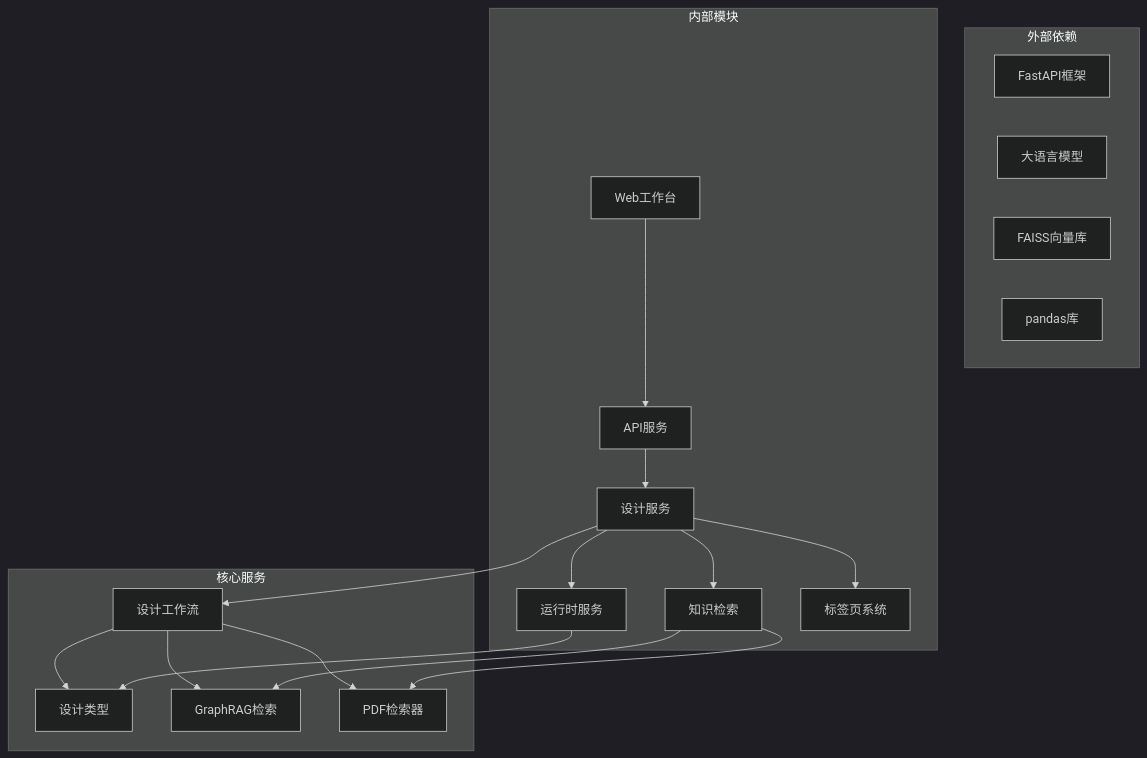
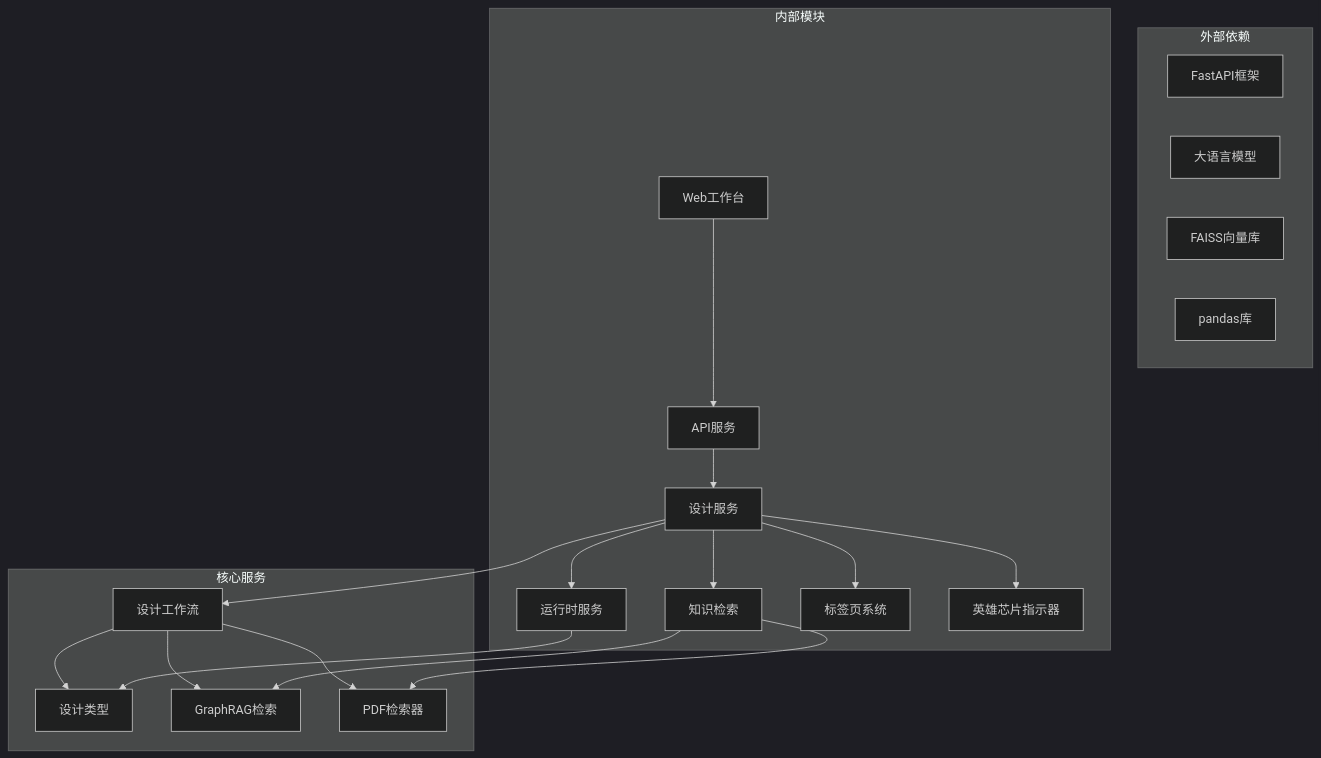
One commit to wsqstar/RoadGen3D changed the ninth of 9 diagrams in .qoder/repowiki/zh/content/Web界面系统/工作台界面/设计草案面板.md. Above: the diagram before and after it, drawn with Mermaid (dark theme). The commit also changed other lines of this file and 13 other files, not shown here.

````diff
--- a/.qoder/repowiki/zh/content/Web界面系统/工作台界面/设计草案面板.md
+++ b/.qoder/repowiki/zh/content/Web界面系统/工作台界面/设计草案面板.md
@@ -484,35 +569,37 @@
 ```mermaid
 graph TB
 subgraph "外部依赖"
 FastAPI[FastAPI框架]
 LLM[大语言模型]
 FAISS[FAISS向量库]
 Pandas[pandas库]
 end
 subgraph "内部模块"
 Workbench[Web工作台]
 APIService[API服务]
 DesignService[设计服务]
 RuntimeService[运行时服务]
 Knowledge[知识检索]
 Tabs[标签页系统]
+HeroChips[英雄芯片指示器]
 end
 subgraph "核心服务"
 DesignWorkflow[设计工作流]
 DesignTypes[设计类型]
 GraphRAG[GraphRAG检索]
 PDFRAG[PDF检索器]
 end
 Workbench --> APIService
 APIService --> DesignService
 DesignService --> DesignWorkflow
 DesignService --> RuntimeService
 DesignService --> Knowledge
 DesignService --> Tabs
+DesignService --> HeroChips
 DesignWorkflow --> DesignTypes
 DesignWorkflow --> GraphRAG
 DesignWorkflow --> PDFRAG
 RuntimeService --> DesignTypes
 Knowledge --> GraphRAG
 Knowledge --> PDFRAG
 ```
````
